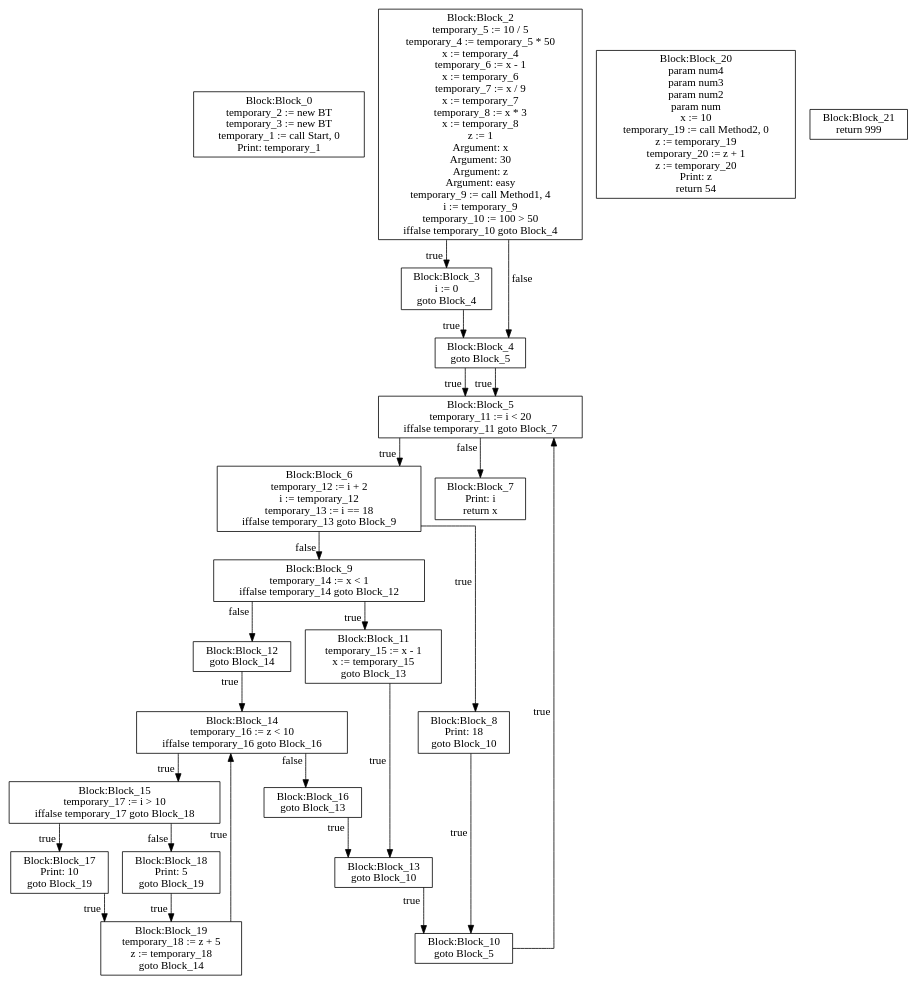
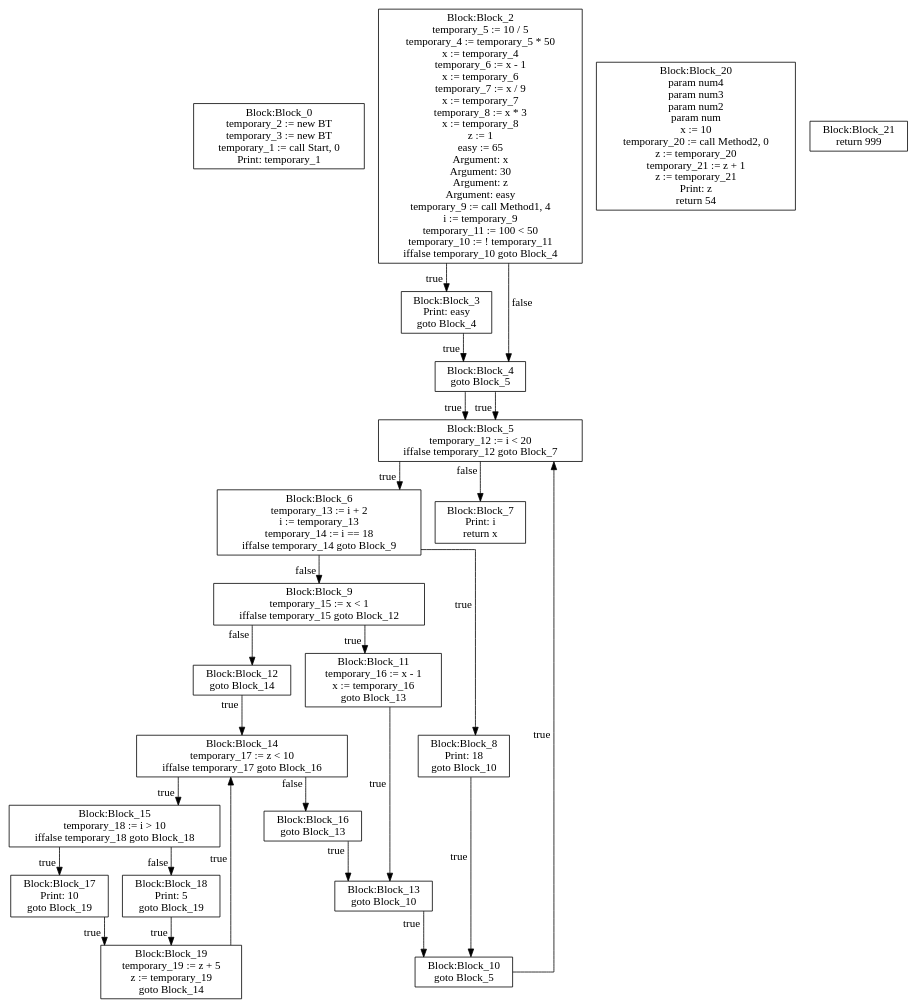
The diagram in lab3/CFG-tree.dot (moondog-matthew/compiler-dv1655), drawn with Graphviz before and after one commit. The commit also changed 5 other files, not shown here.

```diff
--- a/lab3/CFG-tree.dot
+++ b/lab3/CFG-tree.dot
@@ -1,118 +1,120 @@
 digraph {
 graph [ splines = ortho ]
 	node [ shape = box ];
 Block_0 [label="Block:Block_0
 temporary_2 := new BT
 temporary_3 := new BT
 temporary_1 := call Start, 0
 Print: temporary_1"];
 Block_2 [label="Block:Block_2
 temporary_5 := 10 / 5
 temporary_4 := temporary_5 * 50
 x := temporary_4
 temporary_6 := x - 1
 x := temporary_6
 temporary_7 := x / 9
 x := temporary_7
 temporary_8 := x * 3
 x := temporary_8
 z := 1
+easy := 65
 Argument: x
 Argument: 30
 Argument: z
 Argument: easy
 temporary_9 := call Method1, 4
 i := temporary_9
-temporary_10 := 100 > 50
+temporary_11 := 100 < 50
+temporary_10 := ! temporary_11
 iffalse temporary_10 goto Block_4"];
 Block_2 -> Block_3 [xlabel = "true"]
 Block_3 [label="Block:Block_3
-i := 0
+Print: easy
 goto Block_4"];
 Block_3 -> Block_4 [xlabel = "true"]
 Block_4 [label="Block:Block_4
 goto Block_5"];
 Block_4 -> Block_5 [xlabel = "true"]
 Block_5 [label="Block:Block_5
-temporary_11 := i < 20
-iffalse temporary_11 goto Block_7"];
+temporary_12 := i < 20
+iffalse temporary_12 goto Block_7"];
 Block_5 -> Block_6 [xlabel = "true"]
 Block_6 [label="Block:Block_6
-temporary_12 := i + 2
-i := temporary_12
-temporary_13 := i == 18
-iffalse temporary_13 goto Block_9"];
+temporary_13 := i + 2
+i := temporary_13
+temporary_14 := i == 18
+iffalse temporary_14 goto Block_9"];
 Block_6 -> Block_8 [xlabel = "true"]
 Block_8 [label="Block:Block_8
 Print: 18
 goto Block_10"];
 Block_8 -> Block_10 [xlabel = "true"]
 Block_10 [label="Block:Block_10
 goto Block_5"];
 Block_10 -> Block_5 [xlabel = "true"]
 Block_6 -> Block_9 [xlabel = "false"]
 Block_9 [label="Block:Block_9
-temporary_14 := x < 1
-iffalse temporary_14 goto Block_12"];
+temporary_15 := x < 1
+iffalse temporary_15 goto Block_12"];
 Block_9 -> Block_11 [xlabel = "true"]
 Block_11 [label="Block:Block_11
-temporary_15 := x - 1
-x := temporary_15
+temporary_16 := x - 1
+x := temporary_16
 goto Block_13"];
 Block_11 -> Block_13 [xlabel = "true"]
 Block_13 [label="Block:Block_13
 goto Block_10"];
 Block_13 -> Block_10 [xlabel = "true"]
 Block_9 -> Block_12 [xlabel = "false"]
 Block_12 [label="Block:Block_12
 goto Block_14"];
 Block_12 -> Block_14 [xlabel = "true"]
 Block_14 [label="Block:Block_14
-temporary_16 := z < 10
-iffalse temporary_16 goto Block_16"];
+temporary_17 := z < 10
+iffalse temporary_17 goto Block_16"];
 Block_14 -> Block_15 [xlabel = "true"]
 Block_15 [label="Block:Block_15
-temporary_17 := i > 10
-iffalse temporary_17 goto Block_18"];
+temporary_18 := i > 10
+iffalse temporary_18 goto Block_18"];
 Block_15 -> Block_17 [xlabel = "true"]
 Block_17 [label="Block:Block_17
 Print: 10
 goto Block_19"];
 Block_17 -> Block_19 [xlabel = "true"]
 Block_19 [label="Block:Block_19
-temporary_18 := z + 5
-z := temporary_18
+temporary_19 := z + 5
+z := temporary_19
 goto Block_14"];
 Block_19 -> Block_14 [xlabel = "true"]
 Block_15 -> Block_18 [xlabel = "false"]
 Block_18 [label="Block:Block_18
 Print: 5
 goto Block_19"];
 Block_18 -> Block_19 [xlabel = "true"]
 Block_14 -> Block_16 [xlabel = "false"]
 Block_16 [label="Block:Block_16
 goto Block_13"];
 Block_16 -> Block_13 [xlabel = "true"]
 Block_5 -> Block_7 [xlabel = "false"]
 Block_7 [label="Block:Block_7
 Print: i
 return x"];
 Block_2 -> Block_4 [xlabel = "false"]
 Block_4 [label="Block:Block_4
 goto Block_5"];
 Block_4 -> Block_5 [xlabel = "true"]
 Block_20 [label="Block:Block_20
 param num4
 param num3
 param num2
 param num
 x := 10
-temporary_19 := call Method2, 0
-z := temporary_19
-temporary_20 := z + 1
+temporary_20 := call Method2, 0
 z := temporary_20
+temporary_21 := z + 1
+z := temporary_21
 Print: z
 return 54"];
 Block_21 [label="Block:Block_21
 return 999"];
 }
```
